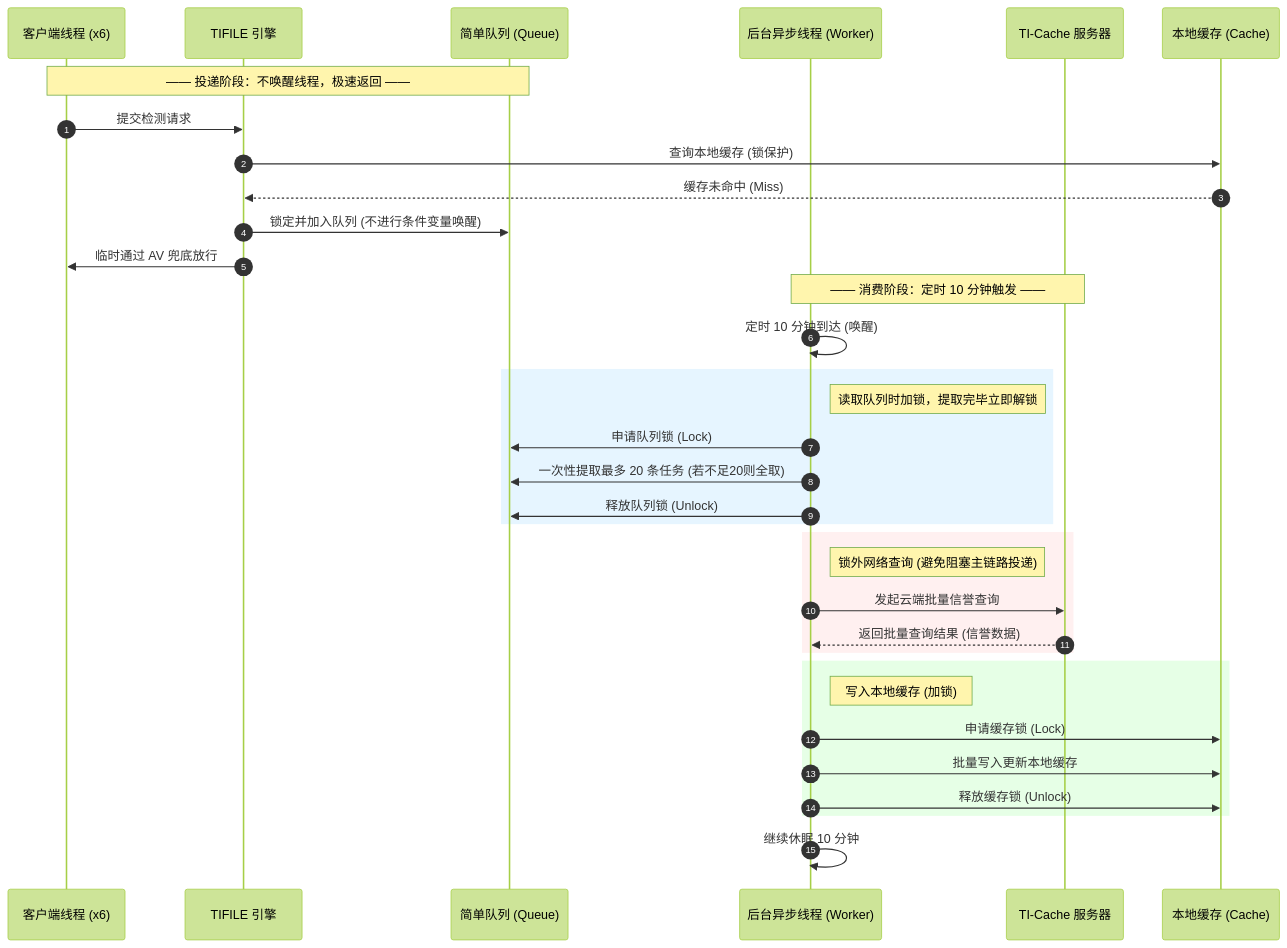
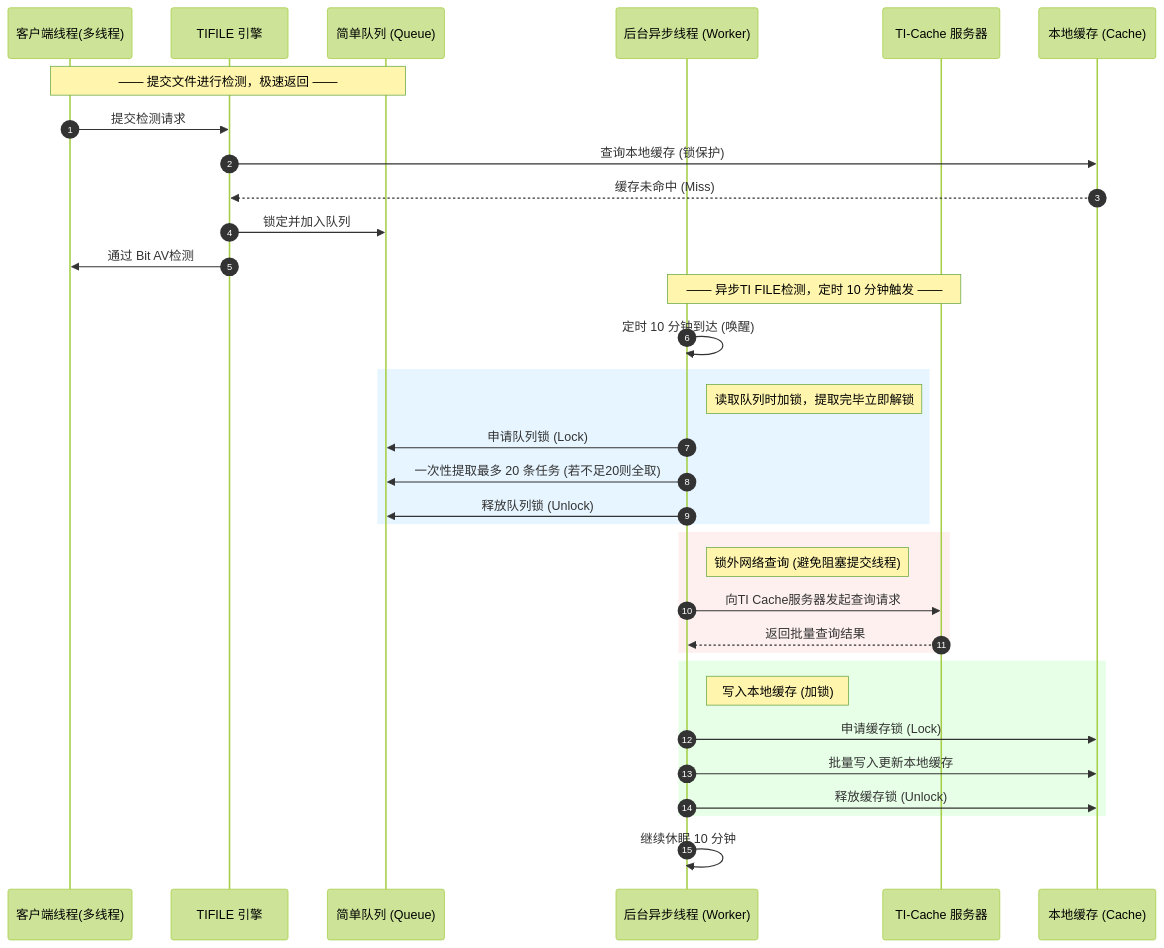
One commit to hanlinjay/my_exam changed the diagram in README.md. Above: the diagram before and after it, drawn with Mermaid (forest theme).

````diff
--- a/README.md
+++ b/README.md
@@ -1,41 +1,41 @@
 ```mermaid
 sequenceDiagram
     autonumber
-    participant Client as 客户端线程 (x6)
+    participant Client as 客户端线程(多线程)
     participant TIFILE as TIFILE 引擎
     participant Queue as 简单队列 (Queue)
     participant Async as 后台异步线程 (Worker)
     participant TICache as TI-Cache 服务器
     participant Cache as 本地缓存 (Cache)
 
-    Note over Client, Queue: —— 投递阶段：不唤醒线程，极速返回 ——
+    Note over Client, Queue: —— 提交文件进行检测，极速返回 ——
     Client->>TIFILE: 提交检测请求
     TIFILE->>Cache: 查询本地缓存 (锁保护)
     Cache-->>TIFILE: 缓存未命中 (Miss)
-    TIFILE->>Queue: 锁定并加入队列 (不进行条件变量唤醒)
-    TIFILE->>Client: 临时通过 AV 兜底放行
+    TIFILE->>Queue: 锁定并加入队列 
+    TIFILE->>Client: 通过 Bit AV检测
     
-    Note over Async, TICache: —— 消费阶段：定时 10 分钟触发 ——
+    Note over Async, TICache: —— 异步TI FILE检测，定时 10 分钟触发 ——
     Async->>Async: 定时 10 分钟到达 (唤醒)
     rect rgb(230, 245, 255)
         Note right of Async: 读取队列时加锁，提取完毕立即解锁
         Async->>Queue: 申请队列锁 (Lock)
         Async->>Queue: 一次性提取最多 20 条任务 (若不足20则全取)
         Async->>Queue: 释放队列锁 (Unlock)
     end
     
     rect rgb(255, 240, 240)
-        Note right of Async: 锁外网络查询 (避免阻塞主链路投递)
-        Async->>TICache: 发起云端批量信誉查询
-        TICache-->>Async: 返回批量查询结果 (信誉数据)
+        Note right of Async: 锁外网络查询 (避免阻塞提交线程)
+        Async->>TICache: 向TI Cache服务器发起查询请求
+        TICache-->>Async: 返回批量查询结果
     end
 
     rect rgb(230, 255, 230)
         Note right of Async: 写入本地缓存 (加锁)
         Async->>Cache: 申请缓存锁 (Lock)
         Async->>Cache: 批量写入更新本地缓存
         Async->>Cache: 释放缓存锁 (Unlock)
     end
     
     Async->>Async: 继续休眠 10 分钟
 ```
````
